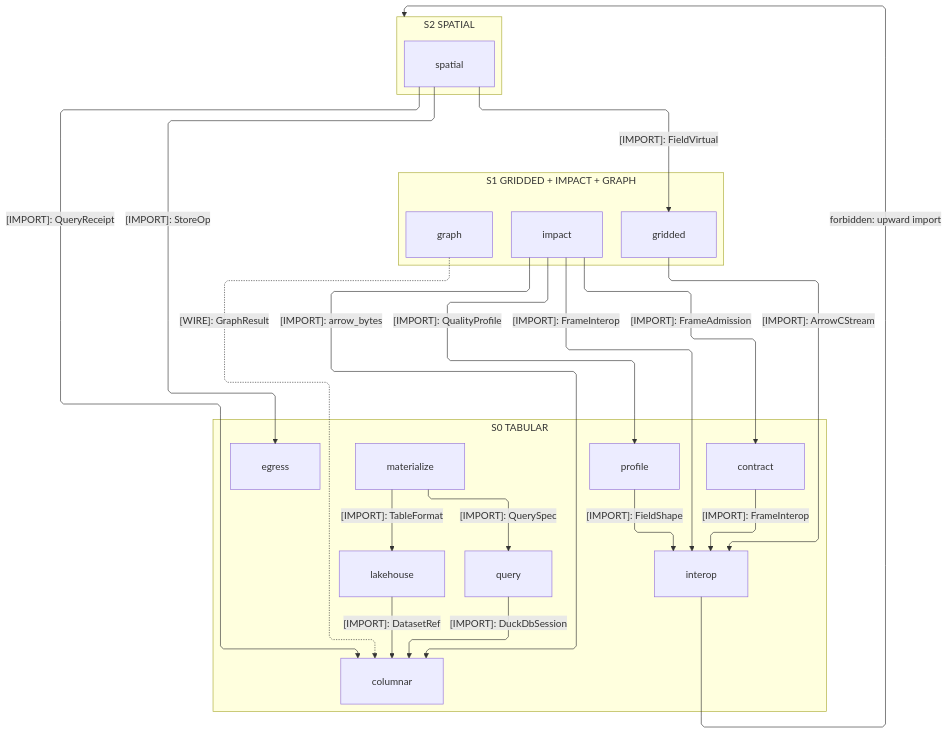
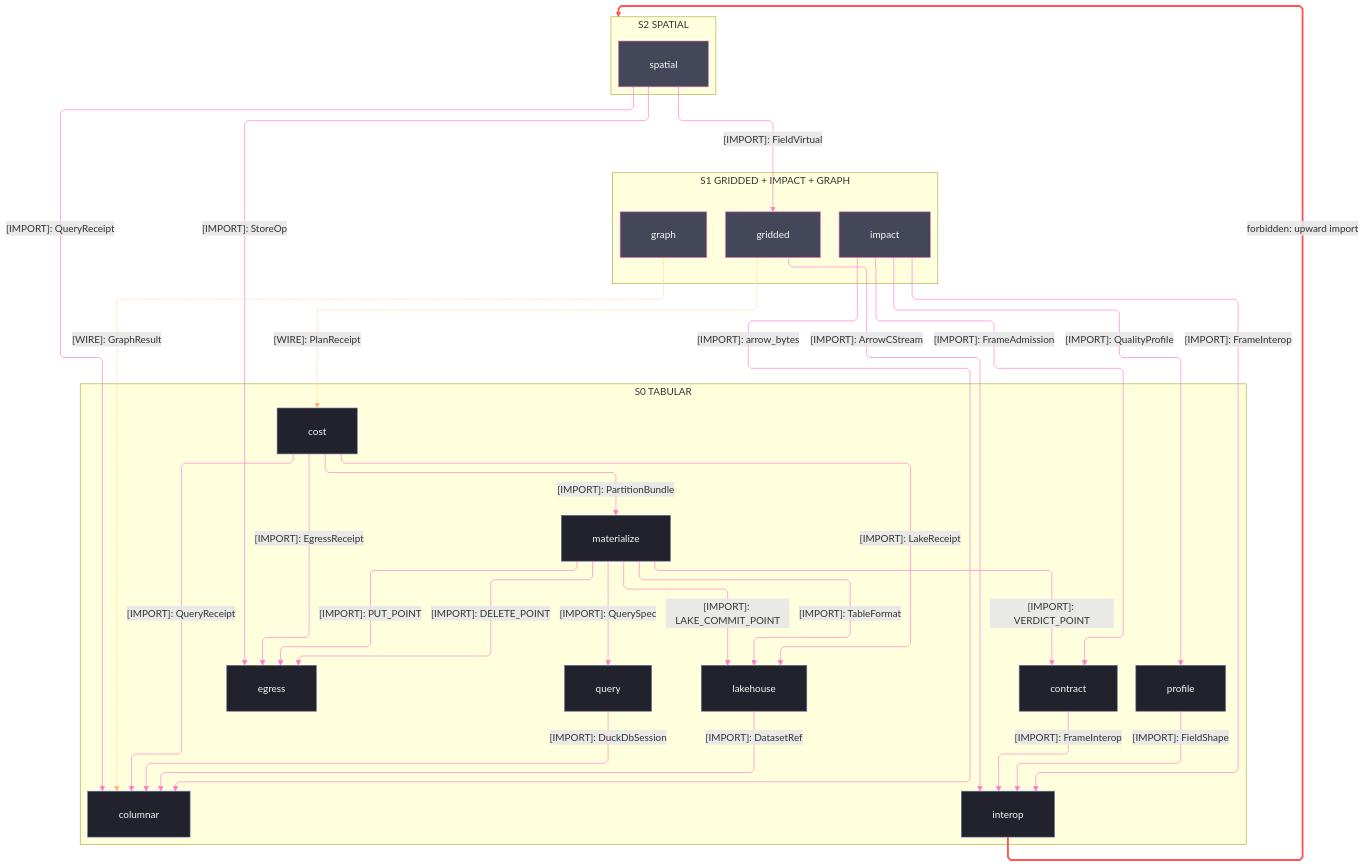
The third of 3 diagrams in libs/python/data/ARCHITECTURE.md (bsamiee/Rasm), drawn with Mermaid before and after one commit. The commit also changed other lines of this file and 124 other files, not shown here.

First line of the commit message:
planning registries: ARCHITECTURE/README/IDEAS/TASKLOG/RULINGS + csproj, campaign-method, CLAUDE.md

````diff
--- a/libs/python/data/ARCHITECTURE.md
+++ b/libs/python/data/ARCHITECTURE.md
@@ -136,48 +161,68 @@
 ```mermaid
 ---
 config:
   layout: elk
   flowchart:
     curve: linear
     padding: 25
 ---
 flowchart TB
     accTitle: Data interior import strata
-    accDescr: Three import strata — spatial over the gridded, impact, and import-isolated graph tier over the eight-module tabular floor — each labeled downward edge naming its one sourced type, the graph node table crossing as dashed wire data, and one forbidden upward edge.
+    accDescr: Spatial composes the middle tier over the tabular floor; labeled edges name imported owners, and dashed edges carry wire data.
     subgraph D2["S2 SPATIAL"]
         Spatial[spatial]
     end
     subgraph D1["S1 GRIDDED + IMPACT + GRAPH"]
         Graph[graph]
         Impact[impact]
         Gridded[gridded]
     end
     subgraph D0["S0 TABULAR"]
+        Cost[cost]
         Egress[egress]
         Materialize[materialize]
         Query[query]
         Lakehouse[lakehouse]
         Columnar[columnar]
         Contract[contract]
         Profile[profile]
         Interop[interop]
     end
     Spatial s1@-->|"[IMPORT]: QueryReceipt"| Columnar
     Spatial s2@-->|"[IMPORT]: StoreOp"| Egress
     Spatial s3@-->|"[IMPORT]: FieldVirtual"| Gridded
     Gridded s4@-->|"[IMPORT]: ArrowCStream"| Interop
     Impact s5@-->|"[IMPORT]: FrameAdmission"| Contract
     Impact s6@-->|"[IMPORT]: QualityProfile"| Profile
     Impact s7@-->|"[IMPORT]: FrameInterop"| Interop
     Impact s8@-->|"[IMPORT]: arrow_bytes"| Columnar
     Graph s9@-.->|"[WIRE]: GraphResult"| Columnar
     Materialize s10@-->|"[IMPORT]: QuerySpec"| Query
     Materialize s11@-->|"[IMPORT]: TableFormat"| Lakehouse
-    Query s12@-->|"[IMPORT]: DuckDbSession"| Columnar
-    Lakehouse s13@-->|"[IMPORT]: DatasetRef"| Columnar
-    Contract s14@-->|"[IMPORT]: FrameInterop"| Interop
-    Profile s15@-->|"[IMPORT]: FieldShape"| Interop
+    Materialize s12@-->|"[IMPORT]: LAKE_COMMIT_POINT"| Lakehouse
+    Materialize s13@-->|"[IMPORT]: VERDICT_POINT"| Contract
+    Materialize s14@-->|"[IMPORT]: PUT_POINT"| Egress
+    Materialize s15@-->|"[IMPORT]: DELETE_POINT"| Egress
+    Query s16@-->|"[IMPORT]: DuckDbSession"| Columnar
+    Lakehouse s17@-->|"[IMPORT]: DatasetRef"| Columnar
+    Contract s18@-->|"[IMPORT]: FrameInterop"| Interop
+    Profile s19@-->|"[IMPORT]: FieldShape"| Interop
+    Cost s20@-->|"[IMPORT]: QueryReceipt"| Columnar
+    Cost s21@-->|"[IMPORT]: LakeReceipt"| Lakehouse
+    Cost s22@-->|"[IMPORT]: PartitionBundle"| Materialize
+    Cost s23@-->|"[IMPORT]: EgressReceipt"| Egress
+    Gridded s24@-.->|"[WIRE]: PlanReceipt"| Cost
     Spatial ~~~ Impact
     Spatial ~~~ Graph
     Interop f1@-->|"forbidden: upward import"| D2
+    class Spatial,Graph,Impact,Gridded primary
+    class Cost,Egress,Materialize,Query,Lakehouse,Columnar,Contract,Profile,Interop recessed
+    class s1,s2,s3,s4,s5,s6,s7,s8,s10,s11,s12,s13,s14,s15,s16,s17,s18,s19,s20,s21,s22,s23 edgeControl
+    class s9,s24 edgeData
+    class f1 edgeError
+    classDef primary fill:#44475A,stroke:#FF79C6,color:#F8F8F2
+    classDef recessed fill:#21222C,stroke:#6272A4,color:#F8F8F2
+    classDef edgeControl stroke:#FF79C6,color:#F8F8F2
+    classDef edgeData stroke:#FFB86C,color:#F8F8F2
+    classDef edgeError stroke:#FF5555,stroke-width:3px,color:#F8F8F2
 ```
````
